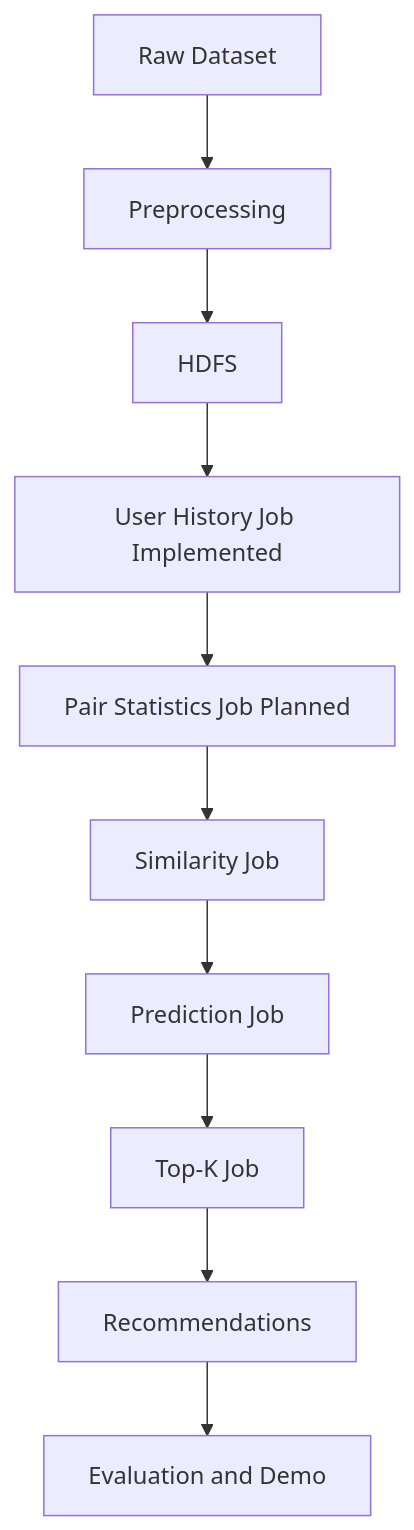
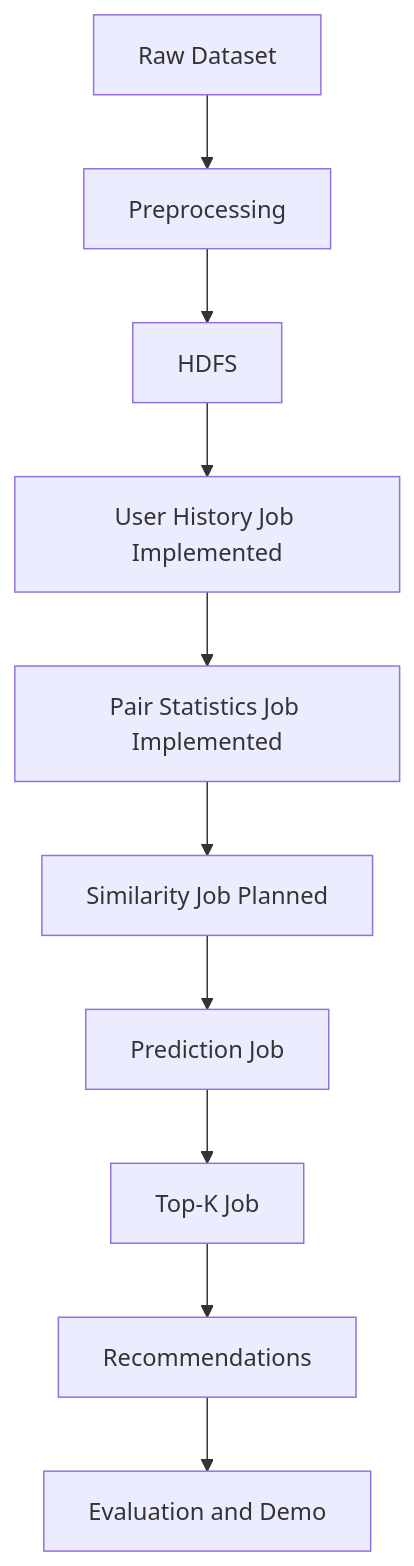
One commit to hieulenho/movie-recommender-hadoop changed the diagram in docs/architecture.md. Above: the diagram before and after it, drawn with Mermaid. The commit also changed other lines of this file and 21 other files, not shown here.

Commit message:
feat: add Hadoop item-pair statistics job

````diff
--- a/docs/architecture.md
+++ b/docs/architecture.md
@@ -19,12 +19,12 @@
 ```mermaid
 flowchart TD
     A[Raw Dataset] --> B[Preprocessing]
     B --> C[HDFS]
     C --> D[User History Job Implemented]
-    D --> E[Pair Statistics Job Planned]
-    E --> F[Similarity Job]
+    D --> E[Pair Statistics Job Implemented]
+    E --> F[Similarity Job Planned]
     F --> G[Prediction Job]
     G --> H[Top-K Job]
     H --> I[Recommendations]
     I --> J[Evaluation and Demo]
 ```
````
